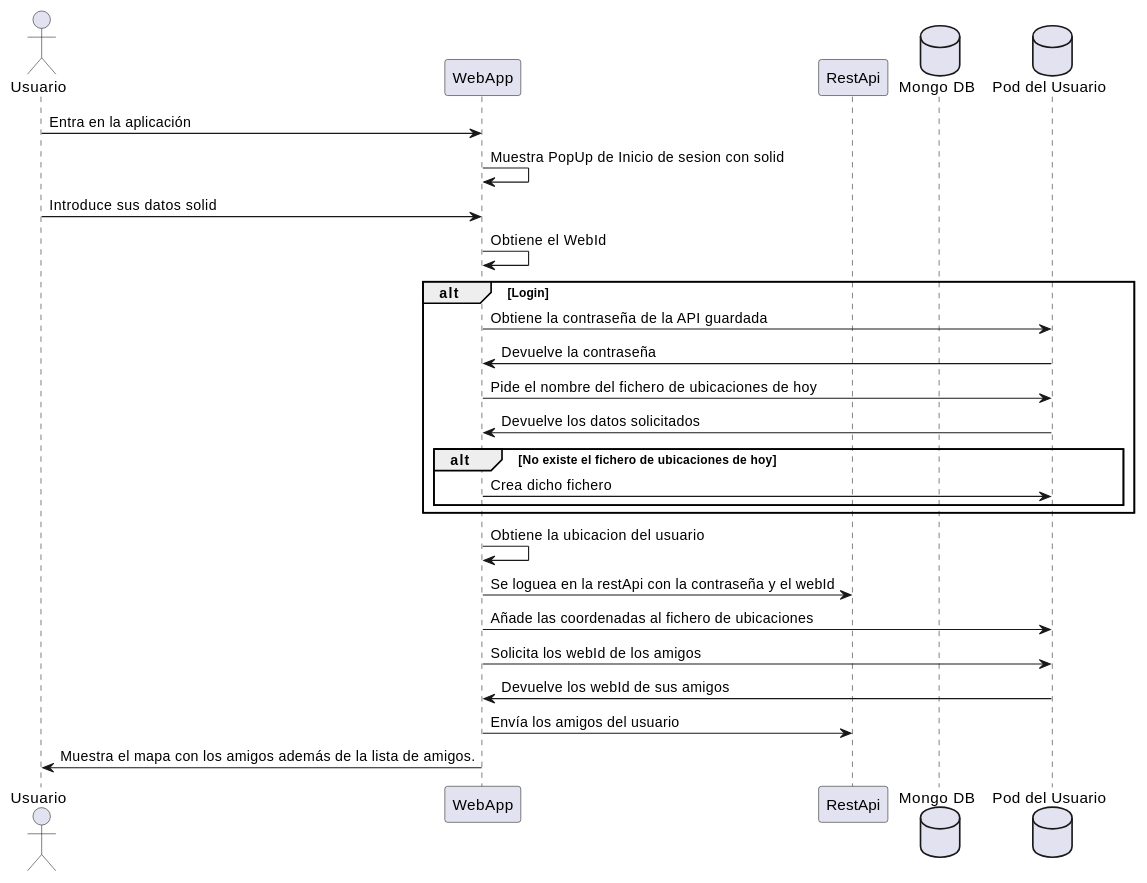
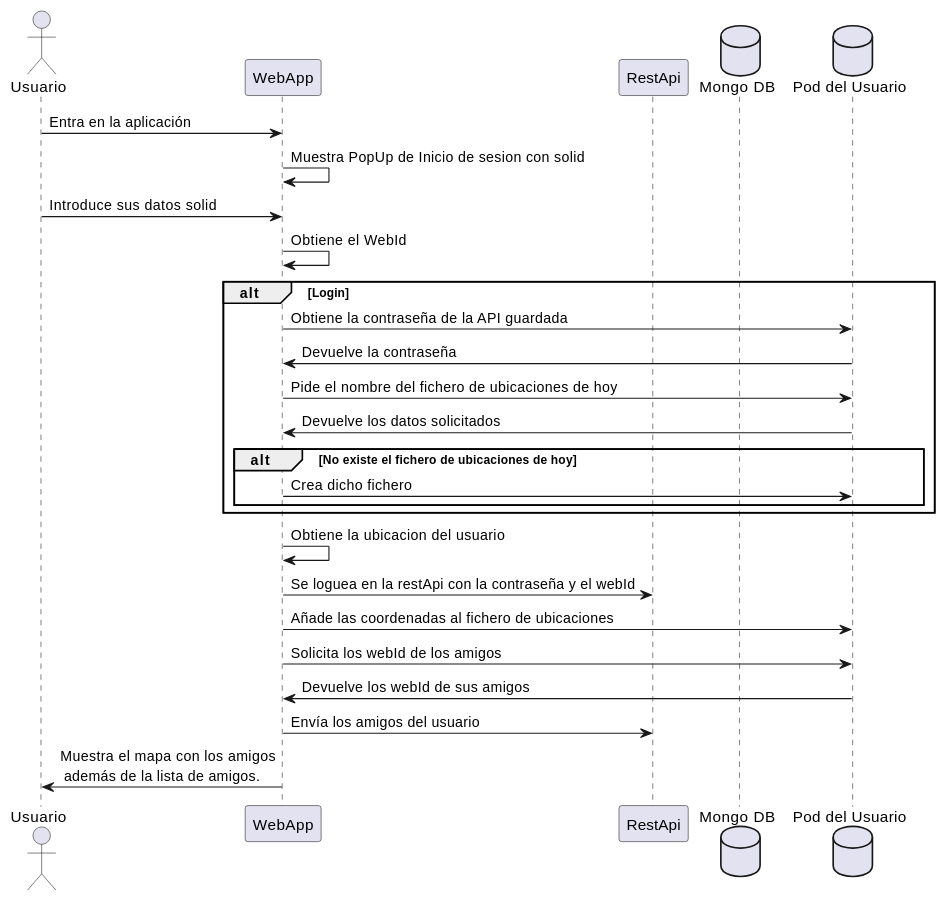
The second of 6 diagrams in webapp/docs/06_runtime_view.adoc (Arquisoft/radarin_es5b), drawn with PlantUML before and after one commit. The commit also changed other lines of this file, not shown here.

```diff
--- a/webapp/docs/06_runtime_view.adoc
+++ b/webapp/docs/06_runtime_view.adoc
@@ -44,31 +44,31 @@
-[plantuml,"Sequence diagram register",png]
+[plantuml,"Sequence diagram login",png]
 ----
 actor Usuario
 participant WebApp
 participant RestApi
 database MongoDB as "Mongo DB"
 database Pod as "Pod del Usuario"
 
 
 Usuario->WebApp: Entra en la aplicación
 WebApp->WebApp: Muestra PopUp de Inicio de sesion con solid
 Usuario->WebApp: Introduce sus datos solid
 WebApp->WebApp: Obtiene el WebId
 alt Login
     WebApp->Pod: Obtiene la contraseña de la API guardada
     Pod->WebApp: Devuelve la contraseña
     WebApp->Pod: Pide el nombre del fichero de ubicaciones de hoy 
     Pod->WebApp: Devuelve los datos solicitados
     alt No existe el fichero de ubicaciones de hoy
         WebApp->Pod: Crea dicho fichero
     end
 end
 WebApp->WebApp: Obtiene la ubicacion del usuario
 WebApp->RestApi: Se loguea en la restApi con la contraseña y el webId
 WebApp->Pod: Añade las coordenadas al fichero de ubicaciones
 WebApp->Pod: Solicita los webId de los amigos
 Pod->WebApp: Devuelve los webId de sus amigos
 WebApp->RestApi: Envía los amigos del usuario
-WebApp->Usuario: Muestra el mapa con los amigos además de la lista de amigos.
+WebApp->Usuario: Muestra el mapa con los amigos\n además de la lista de amigos.
 
 ----
```
